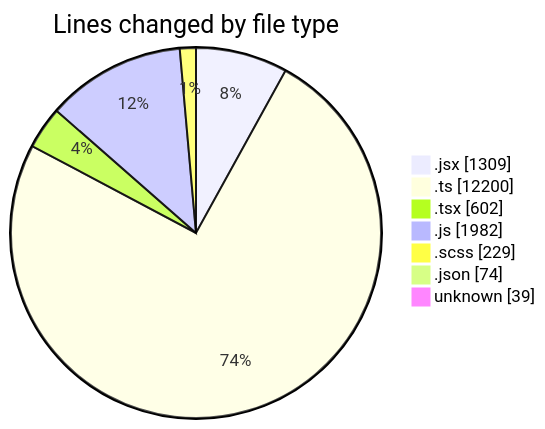
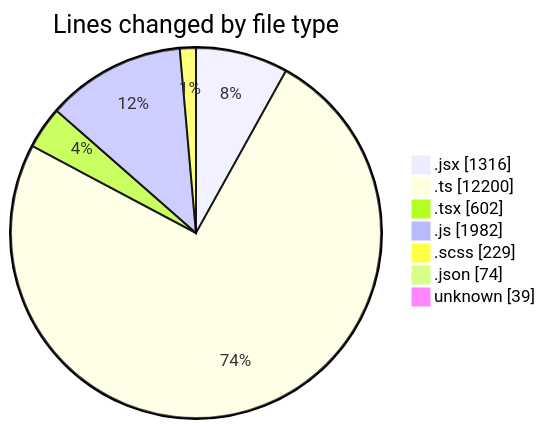
Before and after one commit to momahboobian/code-tracking: the first of 2 diagrams in 2025-06-05/cda/README.md, drawn with Mermaid. The commit also changed other lines of this file and 1 other file, not shown here.

````diff
--- a/2025-06-05/cda/README.md
+++ b/2025-06-05/cda/README.md
@@ -40,11 +40,11 @@
 ```mermaid
 pie showData
 title Lines changed by file type
-".jsx" : 1309
+".jsx" : 1316
 ".ts" : 12200
 ".tsx" : 602
 ".js" : 1982
 ".scss" : 229
 ".json" : 74
 "unknown" : 39
 ```
````
